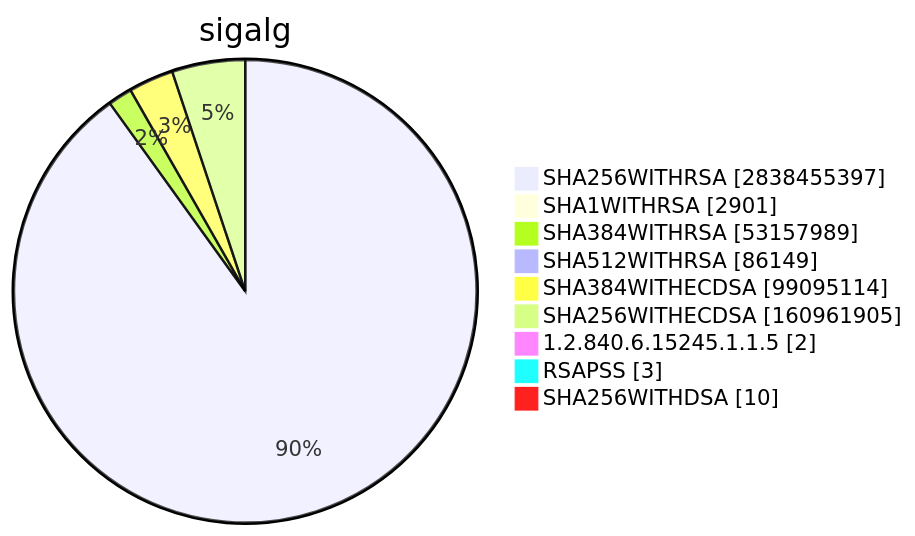
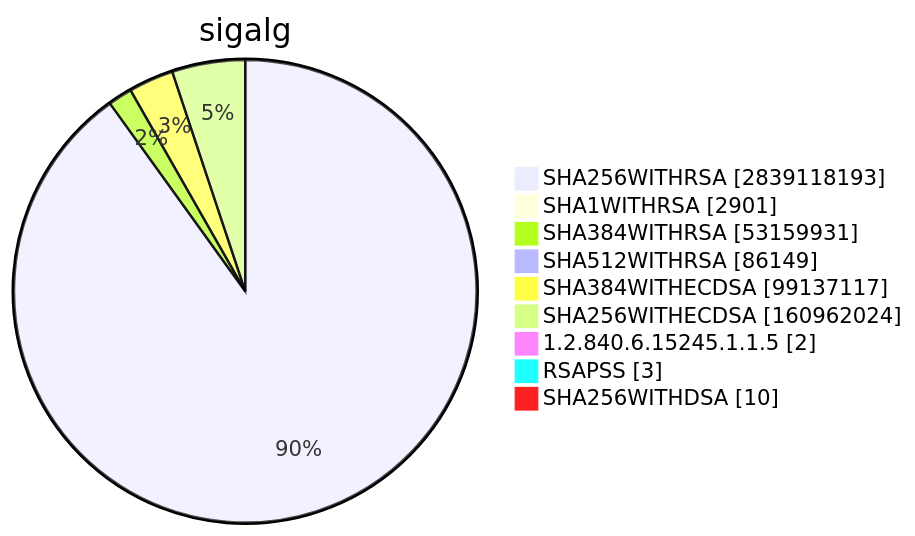
Before and after one commit to christiankrug/ctmonitor_visualization: diagram 15 of 15 in TOTAL/README.md, drawn with Mermaid. The commit also changed other lines of this file, not shown here.

````diff
--- a/TOTAL/README.md
+++ b/TOTAL/README.md
@@ -6207,13 +6207,13 @@
 ```mermaid
 pie showData
 title sigalg
-"SHA256WITHRSA" :2838455397
+"SHA256WITHRSA" :2839118193
 "SHA1WITHRSA" :2901
-"SHA384WITHRSA" :53157989
+"SHA384WITHRSA" :53159931
 "SHA512WITHRSA" :86149
-"SHA384WITHECDSA" :99095114
-"SHA256WITHECDSA" :160961905
+"SHA384WITHECDSA" :99137117
+"SHA256WITHECDSA" :160962024
 "1.2.840.6.15245.1.1.5" :2
 "RSAPSS" :3
 "SHA256WITHDSA" :10
 ```
````
